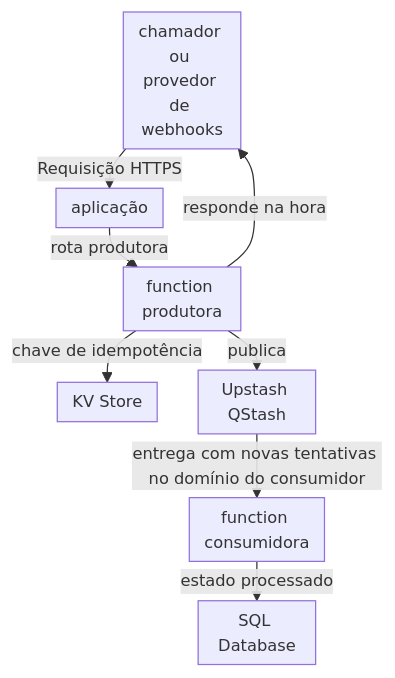
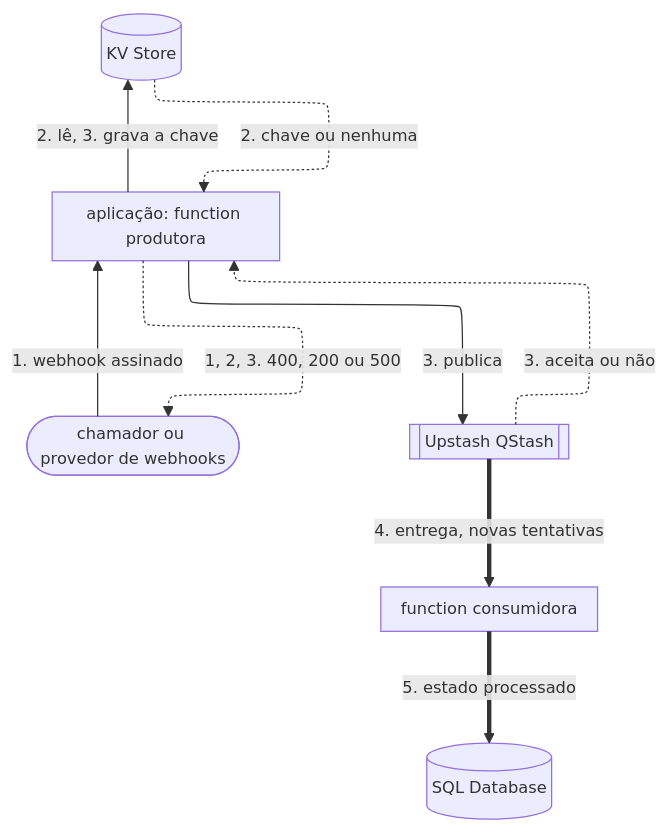
The first of 2 diagrams in apps/docs/src/content/docs/pt-br/pages/casos-de-uso/construir-e-executar-aplicacoes/criar-apis-orientadas-a-eventos.mdx (aziontech/docs), drawn with Mermaid before and after one commit. The commit also changed other lines of this file and 55 other files, not shown here.

Commit message:
docs(use-cases): redraw the use-case diagrams with the way back and check their claims (#2509)

````diff
--- a/apps/docs/src/content/docs/pt-br/pages/casos-de-uso/construir-e-executar-aplicacoes/criar-apis-orientadas-a-eventos.mdx
+++ b/apps/docs/src/content/docs/pt-br/pages/casos-de-uso/construir-e-executar-aplicacoes/criar-apis-orientadas-a-eventos.mdx
@@ -39,11 +41,18 @@
 ```mermaid
-%%{init: {"layout": "dagre", "themeVariables": {"fontSize": "13px"}, "flowchart": {"nodeSpacing": 12, "rankSpacing": 12, "padding": 6, "wrappingWidth": 70, "minNodeWidth": 40, "useMaxWidth": true}}}%%
+%%{init: {"layout": "elk", "themeVariables": {"fontSize": "13px"}, "flowchart": {"nodeSpacing": 24, "rankSpacing": 36, "padding": 8, "wrappingWidth": 150, "useMaxWidth": true}, "sequence": {"width": 120, "actorMargin": 30, "useMaxWidth": true}}}%%
 flowchart TD
-  Caller["chamador ou provedor de webhooks"] -->|"Requisição HTTPS"| App["aplicação"]
-  App -->|"rota produtora"| Producer["function produtora"]
-  Producer -->|"chave de idempotência"| KV["KV Store"]
-  Producer -->|"publica"| Queue["Upstash QStash"]
-  Producer -->|"responde na hora"| Caller
-  Queue -->|"entrega com novas tentativas no domínio do consumidor"| Consumer["function consumidora"]
-  Consumer -->|"estado processado"| SQL["SQL Database"]
+  Caller(["chamador ou provedor de webhooks"])
+  App["aplicação: function produtora"]
+  KV[("KV Store")]
+  Queue[["Upstash QStash"]]
+  Consumer["function consumidora"]
+  SQL[("SQL Database")]
+  Caller -->|"1. webhook assinado"| App
+  App -->|"2. lê, 3. grava a chave"| KV
+  App -->|"3. publica"| Queue
+  KV -.->|"2. chave ou nenhuma"| App
+  Queue -.->|"3. aceita ou não"| App
+  App -.->|"1, 2, 3. 400, 200 ou 500"| Caller
+  Queue ==>|"4. entrega, novas tentativas"| Consumer
+  Consumer ==>|"5. estado processado"| SQL
 ```
````
